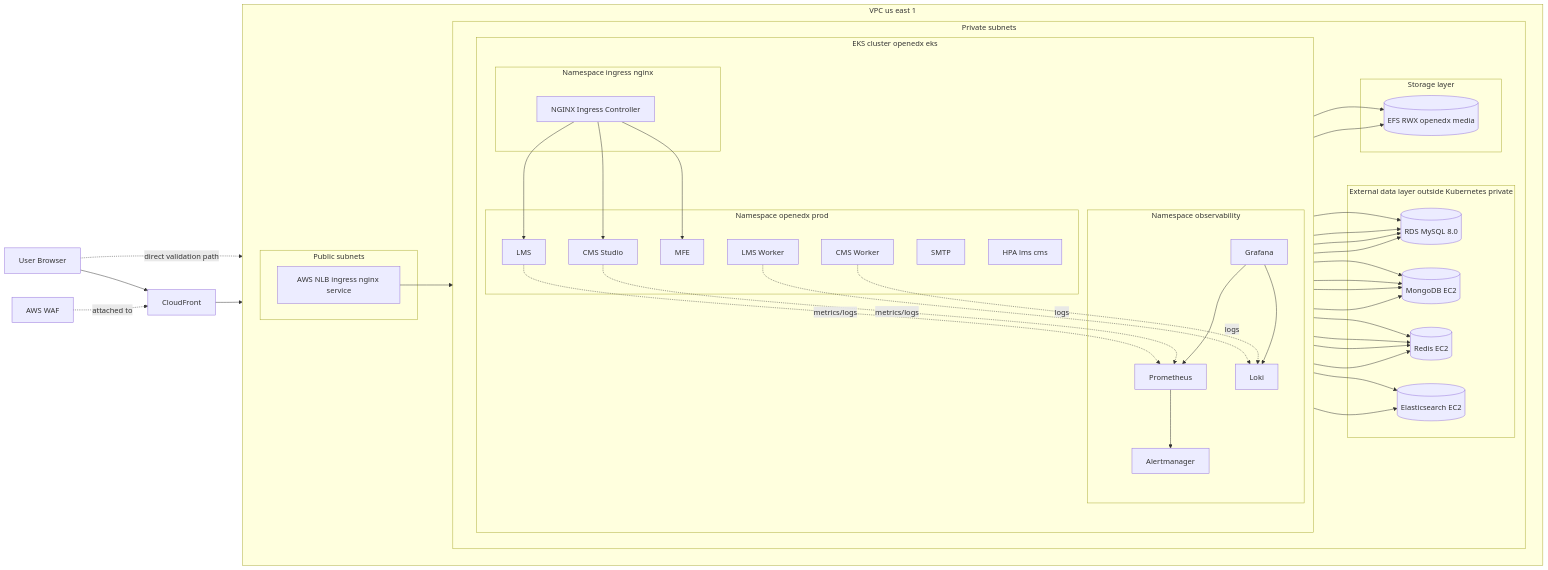
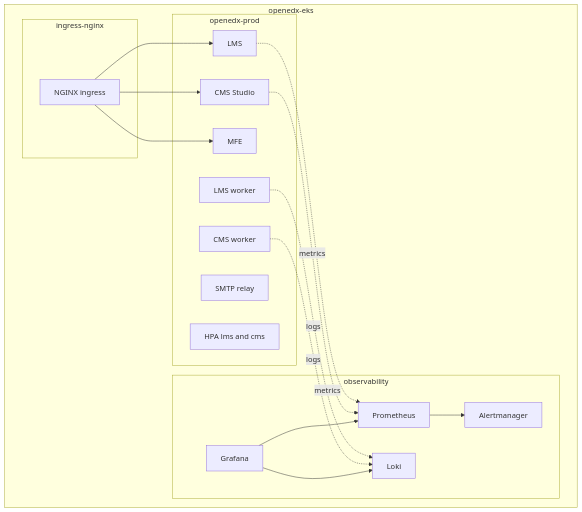
Before and after one commit to AL-Cybision/OpenEdX-K8s-Assessment-AWS-EKS: the second of 3 diagrams in docs/architecture.md, drawn with Mermaid. The commit also changed other lines of this file and 54 other files, not shown here.

````diff
--- a/docs/architecture.md
+++ b/docs/architecture.md
@@ -109,88 +69,34 @@
 ```mermaid
-flowchart LR
-  USER["User Browser"]
-  WAF["AWS WAF"]
-  CF["CloudFront"]
-  NLB["AWS NLB ingress nginx service"]
-
-  USER --> CF
-  WAF -. attached to .-> CF
-  USER -. direct validation path .-> NLB
-  CF --> NLB
-
-  subgraph VPC["VPC us east 1"]
-    direction LR
-
-    subgraph PUB["Public subnets"]
-      NLB
+flowchart TB
+  subgraph EKS[openedx-eks]
+    subgraph NS1[ingress-nginx]
+      NGX[NGINX ingress]
     end
 
-    subgraph PRIV["Private subnets"]
-      direction LR
+    subgraph NS2[openedx-prod]
+      LMS[LMS]
+      CMS[CMS Studio]
+      MFE[MFE]
+      LMSW[LMS worker]
+      CMSW[CMS worker]
+      SMTP[SMTP relay]
+      HPA[HPA lms and cms]
+    end
 
-      subgraph EKS["EKS cluster openedx eks"]
-        direction TB
-
-        subgraph INGRESS["Namespace ingress nginx"]
-          NGX["NGINX Ingress Controller"]
-        end
-
-        subgraph APP["Namespace openedx prod"]
-          LMS["LMS"]
-          CMS["CMS Studio"]
-          MFE["MFE"]
-          LMSW["LMS Worker"]
-          CMSW["CMS Worker"]
-          SMTP["SMTP"]
-          HPA["HPA lms cms"]
-        end
-
-        subgraph OBS["Namespace observability"]
-          PROM["Prometheus"]
-          GRAF["Grafana"]
-          LOKI["Loki"]
-          ALERT["Alertmanager"]
-        end
-      end
-
-      subgraph DATA["External data layer outside Kubernetes private"]
-        RDS[("RDS MySQL 8.0")]
-        MONGO[("MongoDB EC2")]
-        REDIS[("Redis EC2")]
-        ES[("Elasticsearch EC2")]
-      end
-
-      subgraph STORAGE["Storage layer"]
-        EFS[("EFS RWX openedx media")]
-      end
+    subgraph NS3[observability]
+      PROM[Prometheus]
+      GRAF[Grafana]
+      LOKI[Loki]
+      ALERT[Alertmanager]
     end
   end
 
-  NLB --> NGX
   NGX --> LMS
   NGX --> CMS
   NGX --> MFE
 
-  LMS --> RDS
-  LMS --> MONGO
-  LMS --> REDIS
-  LMS --> ES
-  LMSW --> REDIS
-  LMSW --> RDS
-  LMSW --> MONGO
-  CMS --> RDS
-  CMS --> MONGO
-  CMS --> REDIS
-  CMS --> ES
-  CMSW --> REDIS
-  CMSW --> RDS
-  CMSW --> MONGO
-
-  LMS --> EFS
-  CMS --> EFS
-
-  LMS -. metrics/logs .-> PROM
-  CMS -. metrics/logs .-> PROM
+  LMS -. metrics .-> PROM
+  CMS -. metrics .-> PROM
   LMSW -. logs .-> LOKI
   CMSW -. logs .-> LOKI
   GRAF --> PROM
````
